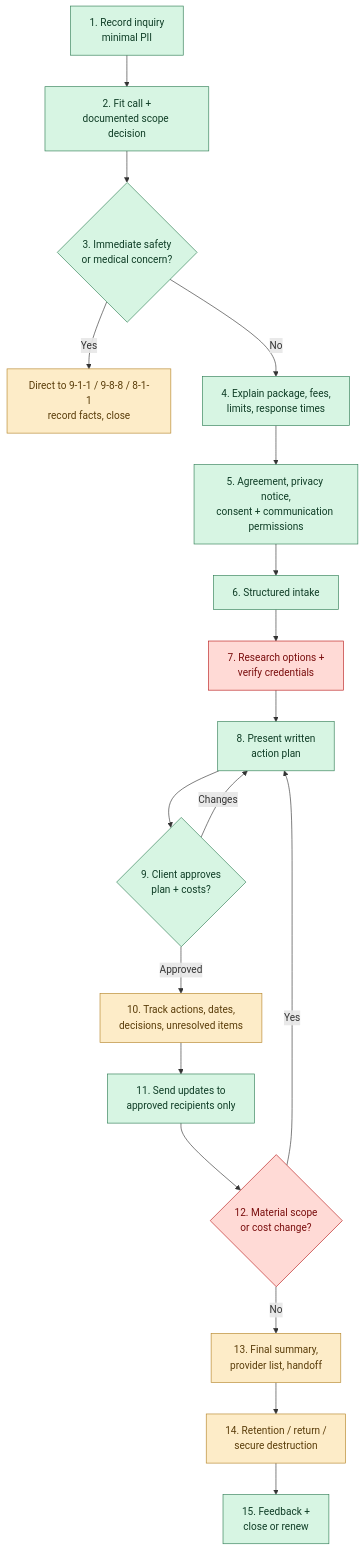
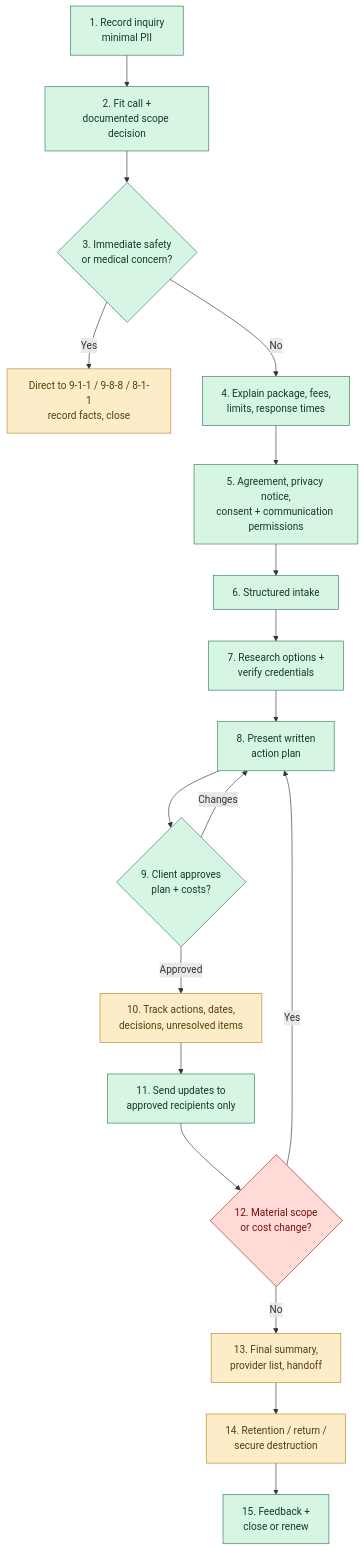
One commit to Yruhere1974/Fixer changed the diagram in Project_Operating_System.md. Above: the diagram before and after it, drawn with Mermaid. The commit also changed other lines of this file and 16 other files, not shown here.

````diff
--- a/Project_Operating_System.md
+++ b/Project_Operating_System.md
@@ -478,24 +478,24 @@
 ```mermaid
 flowchart TD
     S1[1. Record inquiry<br/>minimal PII]:::ok --> S2[2. Fit call +<br/>documented scope decision]:::ok
     S2 --> S3{3. Immediate safety<br/>or medical concern?}:::ok
     S3 -- Yes --> E[Direct to 9-1-1 / 9-8-8 / 8-1-1<br/>record facts, close]:::partial
     S3 -- No --> S4[4. Explain package, fees,<br/>limits, response times]:::ok
     S4 --> S5[5. Agreement, privacy notice,<br/>consent + communication permissions]:::ok
     S5 --> S6[6. Structured intake]:::ok
-    S6 --> S7[7. Research options +<br/>verify credentials]:::notbuilt
+    S6 --> S7[7. Research options +<br/>verify credentials]:::ok
     S7 --> S8[8. Present written<br/>action plan]:::ok
     S8 --> S9{9. Client approves<br/>plan + costs?}:::ok
     S9 -- Changes --> S8
     S9 -- Approved --> S10[10. Track actions, dates,<br/>decisions, unresolved items]:::partial
     S10 --> S11[11. Send updates to<br/>approved recipients only]:::ok
     S11 --> S12{12. Material scope<br/>or cost change?}:::notbuilt
     S12 -- Yes --> S8
     S12 -- No --> S13[13. Final summary,<br/>provider list, handoff]:::partial
     S13 --> S14[14. Retention / return /<br/>secure destruction]:::partial
     S14 --> S15[15. Feedback +<br/>close or renew]:::ok
 
     classDef ok fill:#d7f5e3,stroke:#2f7d54,color:#0f3d26;
     classDef partial fill:#fdecc8,stroke:#b5852a,color:#5a3d0a;
     classDef notbuilt fill:#ffdad6,stroke:#ba1a1a,color:#7a0e0e;
 ```
````
